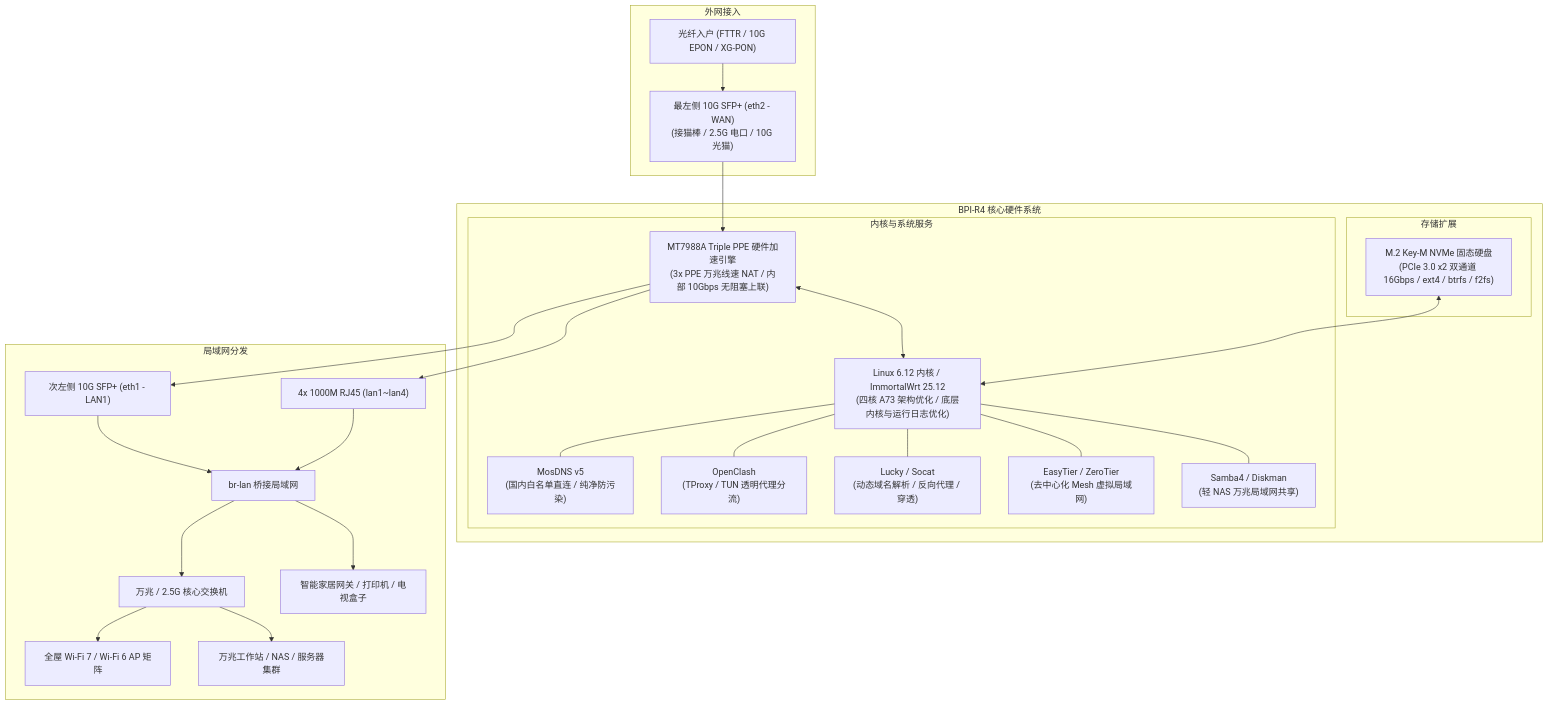
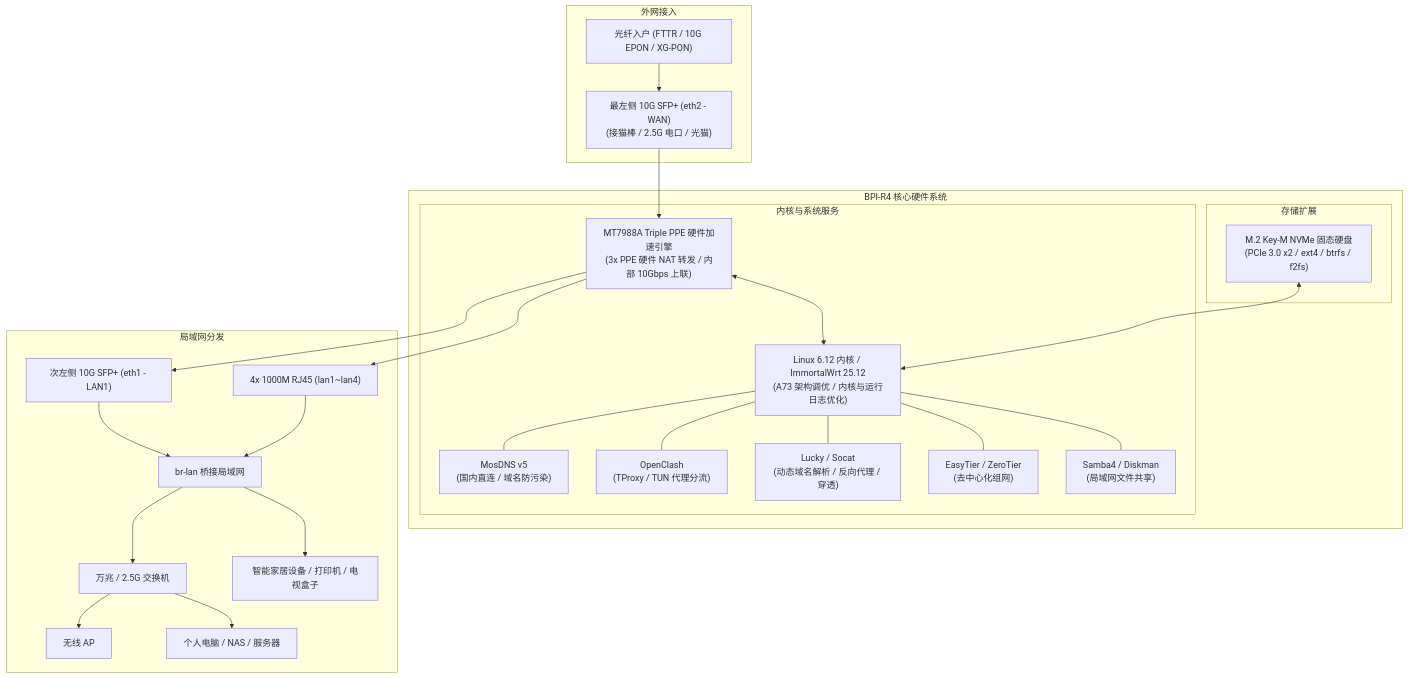
Before and after one commit to Apocalypse-Long/bpi-r4-builder: the diagram in README.md, drawn with Mermaid. The commit also changed other lines of this file and 2 other files, not shown here.

````diff
--- a/README.md
+++ b/README.md
@@ -50,33 +48,33 @@
 ```mermaid
 flowchart TD
     subgraph 外网接入
-        WAN_IN["光纤入户 (FTTR / 10G EPON / XG-PON)"] --> SFP1["最左侧 10G SFP+ (eth2 - WAN)\n(接猫棒 / 2.5G 电口 / 10G 光猫)"]
+        WAN_IN["光纤入户 (FTTR / 10G EPON / XG-PON)"] --> SFP1["最左侧 10G SFP+ (eth2 - WAN)\n(接猫棒 / 2.5G 电口 / 光猫)"]
     end
 
     subgraph BPI-R4 核心硬件系统
-        SFP1 --> PPE["MT7988A Triple PPE 硬件加速引擎\n(3x PPE 万兆线速 NAT / 内部 10Gbps 无阻塞上联)"]
+        SFP1 --> PPE["MT7988A Triple PPE 硬件加速引擎\n(3x PPE 硬件 NAT 转发 / 内部 10Gbps 上联)"]
         
         subgraph 内核与系统服务
-            PPE <--> KERNEL["Linux 6.12 内核 / ImmortalWrt 25.12\n(四核 A73 架构优化 / 底层内核与运行日志优化)"]
-            KERNEL --- MOSDNS["MosDNS v5\n(国内白名单直连 / 纯净防污染)"]
-            KERNEL --- CLASH["OpenClash\n(TProxy / TUN 透明代理分流)"]
+            PPE <--> KERNEL["Linux 6.12 内核 / ImmortalWrt 25.12\n(A73 架构调优 / 内核与运行日志优化)"]
+            KERNEL --- MOSDNS["MosDNS v5\n(国内直连 / 域名防污染)"]
+            KERNEL --- CLASH["OpenClash\n(TProxy / TUN 代理分流)"]
             KERNEL --- LUCKY["Lucky / Socat\n(动态域名解析 / 反向代理 / 穿透)"]
-            KERNEL --- EASYTIER["EasyTier / ZeroTier\n(去中心化 Mesh 虚拟局域网)"]
-            KERNEL --- SAMBA["Samba4 / Diskman\n(轻 NAS 万兆局域网共享)"]
+            KERNEL --- EASYTIER["EasyTier / ZeroTier\n(去中心化组网)"]
+            KERNEL --- SAMBA["Samba4 / Diskman\n(局域网文件共享)"]
         end
 
         subgraph 存储扩展
-            NVME["M.2 Key-M NVMe 固态硬盘\n(PCIe 3.0 x2 双通道 16Gbps / ext4 / btrfs / f2fs)"] <--> KERNEL
+            NVME["M.2 Key-M NVMe 固态硬盘\n(PCIe 3.0 x2 / ext4 / btrfs / f2fs)"] <--> KERNEL
         end
     end
 
     subgraph 局域网分发
         PPE --> SFP2["次左侧 10G SFP+ (eth1 - LAN1)"]
         PPE --> RJ45["4x 1000M RJ45 (lan1~lan4)"]
         SFP2 & RJ45 --> BRLAN["br-lan 桥接局域网"]
-        BRLAN --> SWITCH["万兆 / 2.5G 核心交换机"]
-        SWITCH --> AP["全屋 Wi-Fi 7 / Wi-Fi 6 AP 矩阵"]
-        SWITCH --> PC["万兆工作站 / NAS / 服务器集群"]
-        BRLAN --> IOT["智能家居网关 / 打印机 / 电视盒子"]
+        BRLAN --> SWITCH["万兆 / 2.5G 交换机"]
+        SWITCH --> AP["无线 AP"]
+        SWITCH --> PC["个人电脑 / NAS / 服务器"]
+        BRLAN --> IOT["智能家居设备 / 打印机 / 电视盒子"]
     end
 ```
````
